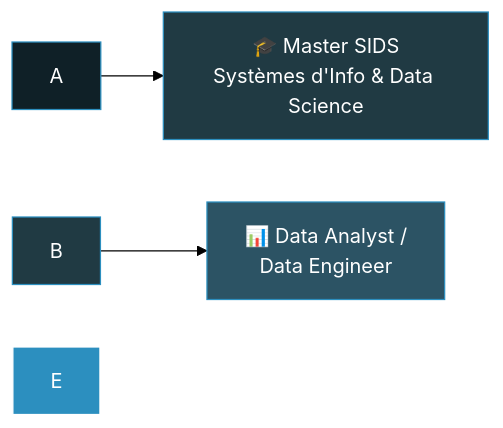
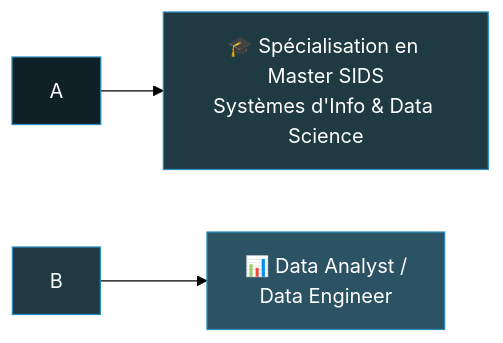
Before and after one commit to Khalifouille/Khalifouille: the diagram in README.md, drawn with Mermaid (forest theme).

````diff
--- a/README.md
+++ b/README.md
@@ -28,11 +28,10 @@
 ```mermaid
 graph LR
-    A --> C["🎓 Master SIDS<br/>Systèmes d'Info & Data Science"]
+    A --> C["🎓 Spécialisation en Master SIDS<br/>Systèmes d'Info & Data Science"]
     B --> D["📊 Data Analyst /<br/>Data Engineer"]
 
     style A fill:#0f2027,stroke:#2c8fbf,color:#fff
     style B fill:#203a43,stroke:#2c8fbf,color:#fff
     style C fill:#203a43,stroke:#2c8fbf,color:#fff
     style D fill:#2c5364,stroke:#2c8fbf,color:#fff
-    style E fill:#2c8fbf,stroke:#fff,color:#fff
 ```
````
